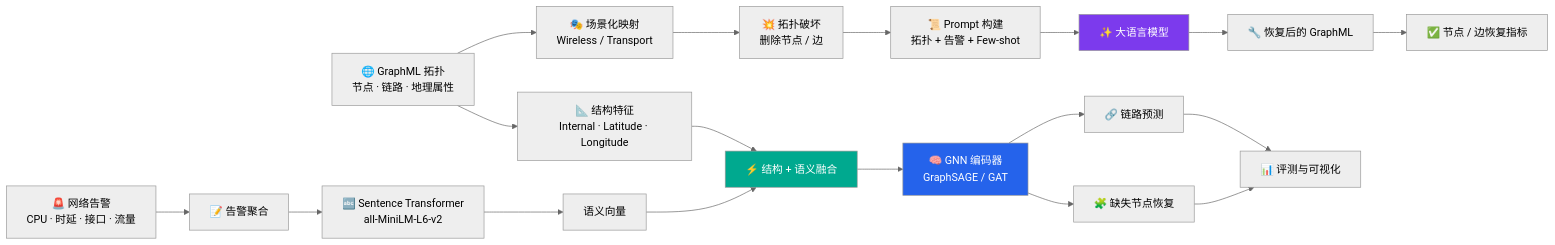
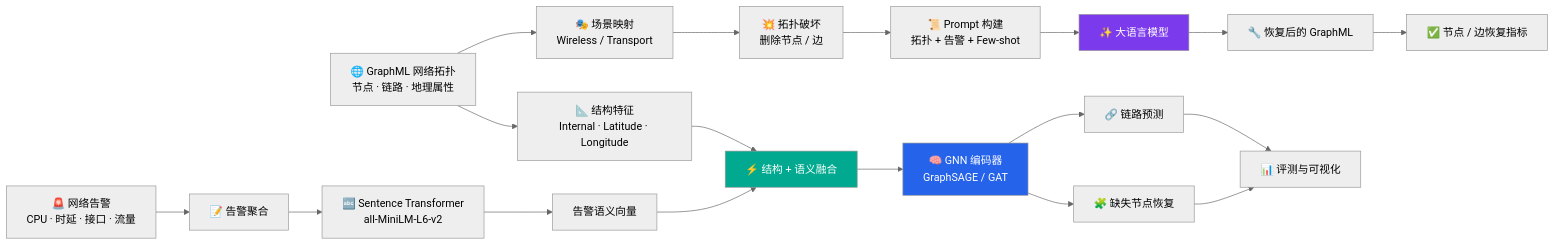
The first of 4 diagrams in readme.md (Xu0225/GNN_LLM_EXP), drawn with Mermaid (neutral theme) before and after one commit. The commit also changed other lines of this file, not shown here.

```diff
--- a/readme.md
+++ b/readme.md
@@ -68,31 +68,31 @@
 ~~~mermaid
 flowchart LR
-    T["🌐 GraphML 拓扑<br/>节点 · 链路 · 地理属性"]
+    T["🌐 GraphML 网络拓扑<br/>节点 · 链路 · 地理属性"]
     A["🚨 网络告警<br/>CPU · 时延 · 接口 · 流量"]
 
     A --> AE["📝 告警聚合"]
     AE --> SE["🔤 Sentence Transformer<br/>all-MiniLM-L6-v2"]
-    SE --> SEM["语义向量"]
+    SE --> SEM["告警语义向量"]
 
     T --> SF["📐 结构特征<br/>Internal · Latitude · Longitude"]
     SF --> FUSE["⚡ 结构 + 语义融合"]
     SEM --> FUSE
 
     FUSE --> GNN["🧠 GNN 编码器<br/>GraphSAGE / GAT"]
     GNN --> LP["🔗 链路预测"]
     GNN --> NR["🧩 缺失节点恢复"]
 
-    T --> SCENE["🎭 场景化映射<br/>Wireless / Transport"]
+    T --> SCENE["🎭 场景映射<br/>Wireless / Transport"]
     SCENE --> MASK["💥 拓扑破坏<br/>删除节点 / 边"]
     MASK --> PROMPT["📜 Prompt 构建<br/>拓扑 + 告警 + Few-shot"]
     PROMPT --> LLM["✨ 大语言模型"]
     LLM --> RESTORE["🔧 恢复后的 GraphML"]
 
     LP --> VIZ["📊 评测与可视化"]
     NR --> VIZ
     RESTORE --> EV["✅ 节点 / 边恢复指标"]
 
     style GNN fill:#2563EB,color:#fff
     style LLM fill:#7C3AED,color:#fff
     style FUSE fill:#00A98F,color:#fff
 ~~~
```
